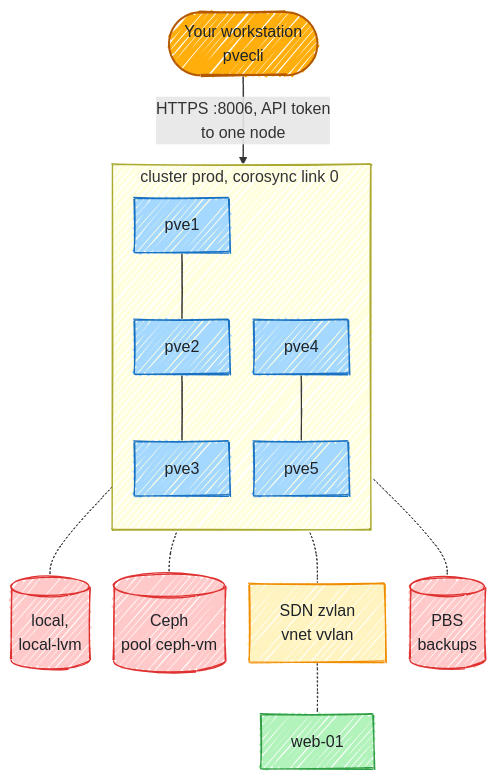
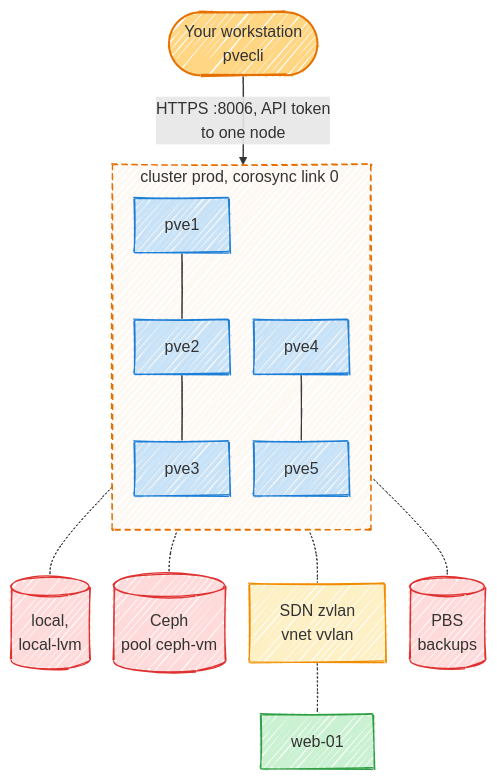
Before and after one commit to Helphyy/pvecli: the diagram in docs/infrastructure/index.md, drawn with Mermaid. The commit also changed 7 other files, not shown here.

````diff
--- a/docs/infrastructure/index.md
+++ b/docs/infrastructure/index.md
@@ -15,29 +15,31 @@
 ```mermaid
 ---
 config:
   look: handDrawn
   flowchart:
     curve: basis
     nodeSpacing: 22
     rankSpacing: 40
 ---
 flowchart TB
   you(["Your workstation<br/>pvecli"]):::pv
   you -- "HTTPS :8006, API token<br/>to one node" --> prod
   subgraph prod ["cluster prod, corosync link 0#nbsp;"]
     direction TB
     p1["pve1"]:::host --- p2["pve2"]:::host --- p3["pve3"]:::host
     p4["pve4"]:::host --- p5["pve5"]:::host
   end
   prod -.- local[("local,<br/>local-lvm")]:::store
   prod -.- ceph[("Ceph<br/>pool ceph-vm")]:::store
   prod -.- sdn["SDN zvlan<br/>vnet vvlan"]:::net
   sdn -.- vm1["web-01"]:::vm
   prod -.- pbs[("PBS<br/>backups")]:::store
 
-  classDef pv fill:#ffae0b,stroke:#b35800,color:#1f2328,stroke-width:2px
-  classDef host fill:#a5d8ff,stroke:#1971c2,color:#1f2328
-  classDef vm fill:#b2f2bb,stroke:#2f9e44,color:#1f2328
-  classDef net fill:#fff3bf,stroke:#f08c00,color:#1f2328
-  classDef store fill:#ffc9c9,stroke:#e03131,color:#1f2328
+  classDef pv fill:#ffae0b80,stroke:#e57000,stroke-width:2px
+  classDef host fill:#4dabf74d,stroke:#1c7ed6
+  classDef vm fill:#51cf664d,stroke:#2f9e44
+  classDef net fill:#fcc41940,stroke:#f08c00
+  classDef store fill:#ff6b6b40,stroke:#e03131
+  classDef zone fill:#e570000d,stroke:#e57000,stroke-dasharray:6 4
+  class prod zone
 ```
````
